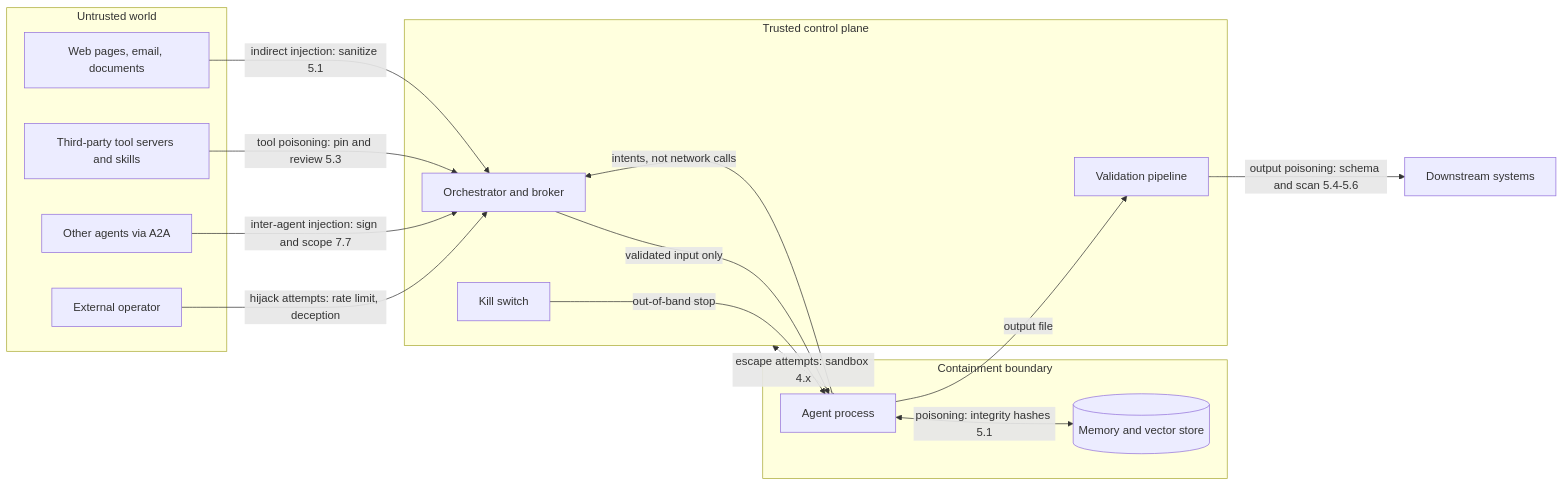
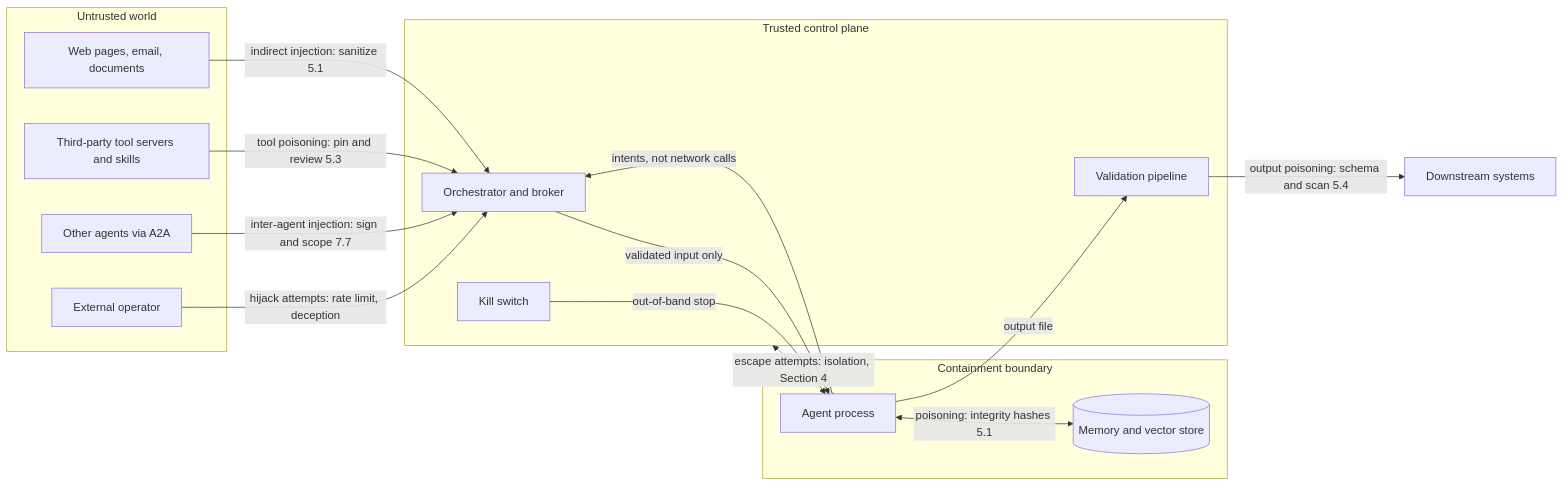
Before and after one commit to AndrewAltimit/template-repo: the second of 13 diagrams in docs/hardware/ai-agent-containment-infrastructure-security-framework.md, drawn with Mermaid. The commit also changed other lines of this file and 118 other files, not shown here.

````diff
--- a/docs/hardware/ai-agent-containment-infrastructure-security-framework.md
+++ b/docs/hardware/ai-agent-containment-infrastructure-security-framework.md
@@ -198,30 +226,30 @@
 ```mermaid
 flowchart LR
     subgraph EXT["Untrusted world"]
         WEB["Web pages, email, documents"]
         TOOLSRC["Third-party tool servers and skills"]
         PEER["Other agents via A2A"]
         ATK["External operator"]
     end
     subgraph BOUNDARY["Containment boundary"]
         AGENT["Agent process"]
         MEM[("Memory and vector store")]
     end
     subgraph TRUSTED["Trusted control plane"]
         ORCH["Orchestrator and broker"]
         VAL["Validation pipeline"]
         KS["Kill switch"]
     end
     DOWN["Downstream systems"]
     WEB -->|"indirect injection: sanitize 5.1"| ORCH
     TOOLSRC -->|"tool poisoning: pin and review 5.3"| ORCH
     PEER -->|"inter-agent injection: sign and scope 7.7"| ORCH
     ATK -->|"hijack attempts: rate limit, deception"| ORCH
     ORCH -->|"validated input only"| AGENT
     AGENT <-->|"poisoning: integrity hashes 5.1"| MEM
     AGENT -->|"intents, not network calls"| ORCH
-    AGENT -.->|"escape attempts: sandbox 4.x"| TRUSTED
+    AGENT -.->|"escape attempts: isolation, Section 4"| TRUSTED
     AGENT -->|"output file"| VAL
-    VAL -->|"output poisoning: schema and scan 5.4-5.6"| DOWN
+    VAL -->|"output poisoning: schema and scan 5.4"| DOWN
     KS -->|"out-of-band stop"| AGENT
 ```
````
